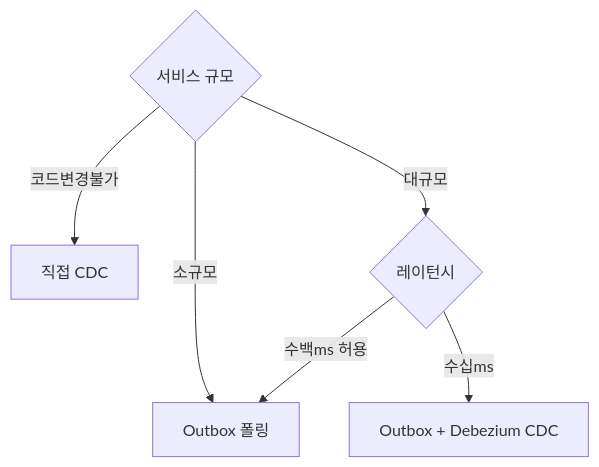
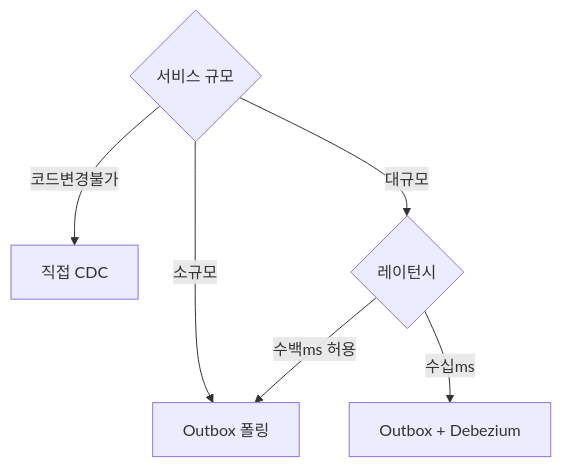
The fifth of 6 diagrams in _posts/kafka/2026-05-01-kafka-outbox-cdc.md (yjkim2015/yjkim2015.github.io), drawn with Mermaid before and after one commit. The commit also changed other lines of this file and 271 other files, not shown here.

First line of the commit message:
Mermaid 라벨 축소: 긴 노드 텍스트 18자 이하로 트림 + \n 제거

````diff
--- a/_posts/kafka/2026-05-01-kafka-outbox-cdc.md
+++ b/_posts/kafka/2026-05-01-kafka-outbox-cdc.md
@@ -281,8 +281,8 @@
 ```mermaid
 flowchart TD
     Q1{"서비스 규모"} -->|소규모| POLL["Outbox 폴링"]
     Q1 -->|코드변경불가| LEGACY["직접 CDC"]
     Q1 -->|대규모| Q2{"레이턴시"}
     Q2 -->|수백ms 허용| POLL
-    Q2 -->|수십ms| CDC["Outbox + Debezium CDC"]
+    Q2 -->|수십ms| CDC["Outbox + Debezium"]
 ```
````
